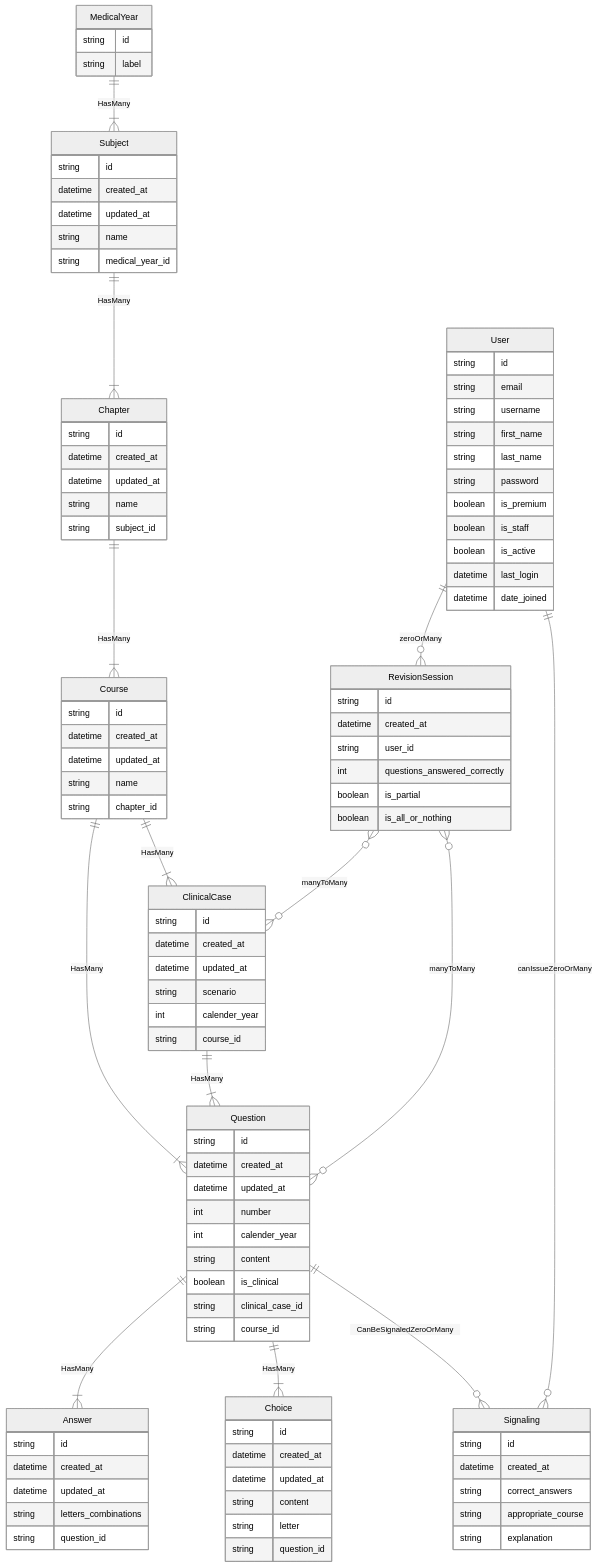
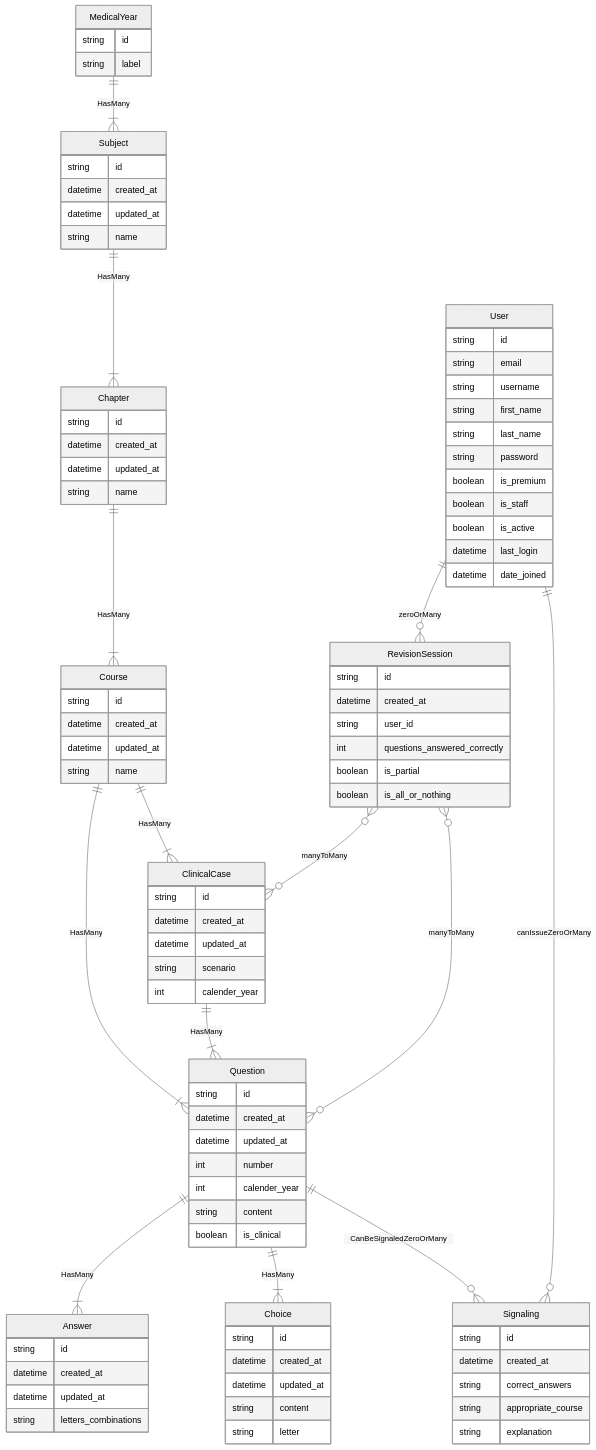
Before and after one commit to benterkidhiaeddine/med-test: the diagram in docs/ERD.md, drawn with Mermaid (neutral theme).

Commit message:
Fix fields in ERD

```diff
--- a/docs/ERD.md
+++ b/docs/ERD.md
@@ -25,7 +25,6 @@
         datetime created_at
         datetime updated_at
         string name 
-        string medical_year_id
     }
 
     Chapter {
@@ -33,7 +32,6 @@
         datetime created_at
         datetime updated_at
         string name
-        string subject_id
     }
 
     Course {
@@ -41,7 +39,6 @@
         datetime created_at
         datetime updated_at
         string name
-        string chapter_id
     }
 
 
@@ -51,8 +48,6 @@
         datetime updated_at
         string scenario
         int calender_year
-        string course_id
-
     }
 
     Question {
@@ -63,9 +58,6 @@
         int calender_year
         string content
         boolean is_clinical
-
-        string clinical_case_id
-        string course_id
     }
 
     Answer {
@@ -73,7 +65,6 @@
         datetime created_at
         datetime updated_at
         string letters_combinations
-        string question_id
     }
 
  
@@ -83,8 +74,6 @@
         datetime updated_at
         string content 
         string letter
-        string question_id
-
     }
 
     RevisionSession {
```
